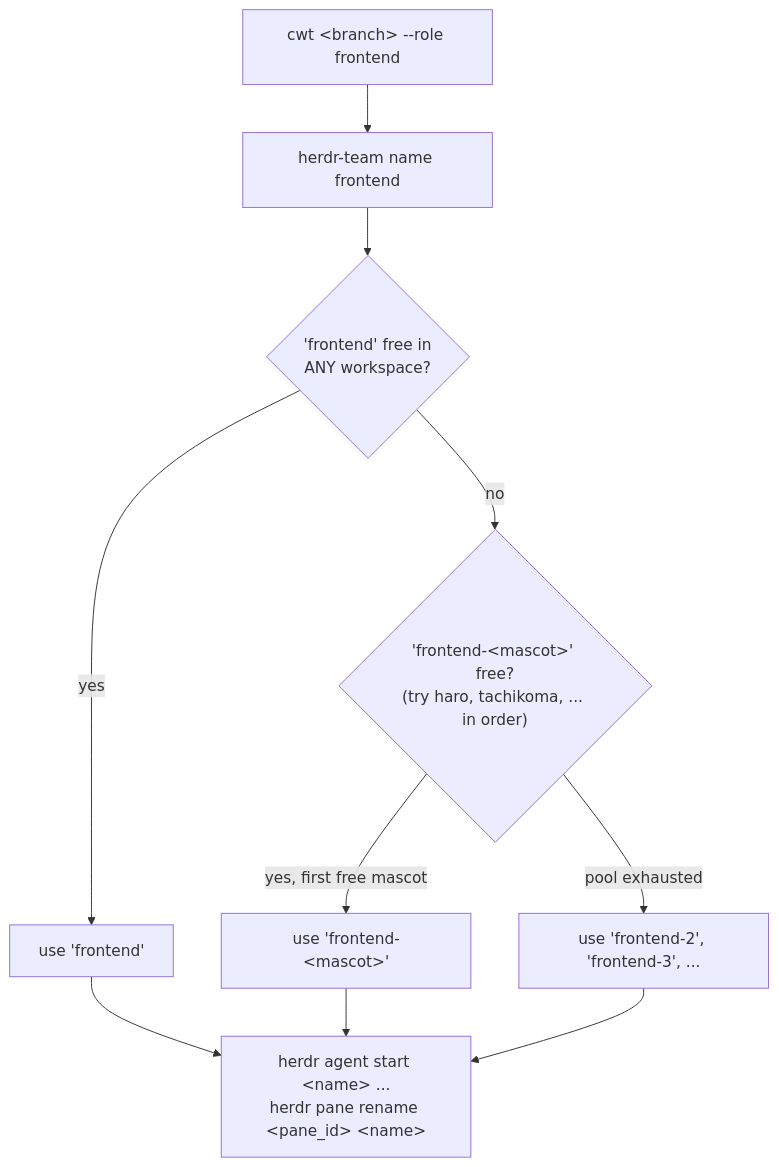
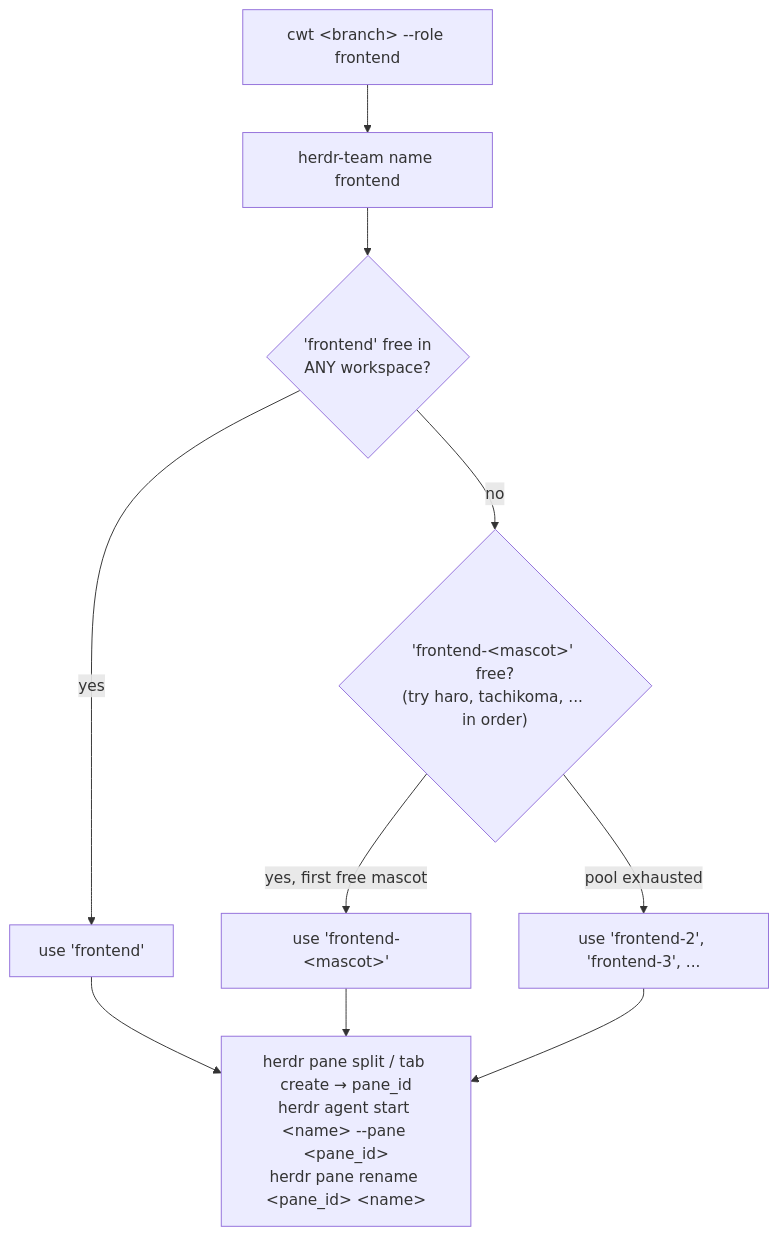
The second of 6 diagrams in doc/claude-worktrees.md (raxetul/dotfiles), drawn with Mermaid before and after one commit. The commit also changed other lines of this file and 3 other files, not shown here.

````diff
--- a/doc/claude-worktrees.md
+++ b/doc/claude-worktrees.md
@@ -187,12 +210,12 @@
 ```mermaid
 flowchart TD
     A["cwt &lt;branch&gt; --role frontend"] --> B["herdr-team name frontend"]
     B --> C{"'frontend' free in<br/>ANY workspace?"}
     C -- yes --> D["use 'frontend'"]
     C -- no --> E{"'frontend-&lt;mascot&gt;' free?<br/>(try haro, tachikoma, ... in order)"}
     E -- "yes, first free mascot" --> F["use 'frontend-&lt;mascot&gt;'"]
     E -- "pool exhausted" --> G["use 'frontend-2', 'frontend-3', ..."]
-    D --> H["herdr agent start &lt;name&gt; ...<br/>herdr pane rename &lt;pane_id&gt; &lt;name&gt;"]
+    D --> H["herdr pane split / tab create → pane_id<br/>herdr agent start &lt;name&gt; --pane &lt;pane_id&gt;<br/>herdr pane rename &lt;pane_id&gt; &lt;name&gt;"]
     F --> H
     G --> H
 ```
````
